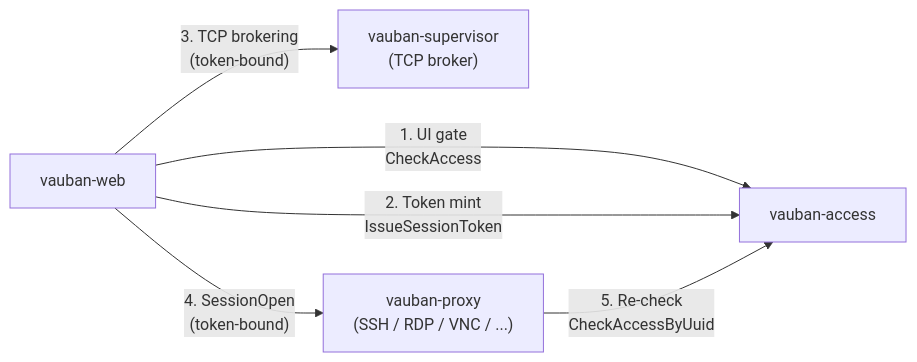
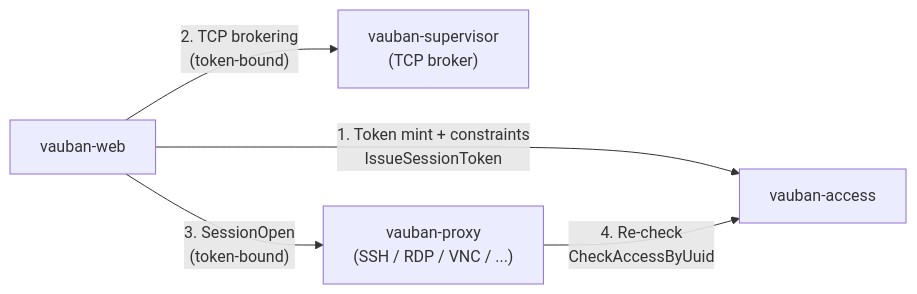
Before and after one commit to rbenaley/Vauban: the first of 7 diagrams in docs/technical/Vauban_AccessGuard_Architecture_EN(1.0).md, drawn with Mermaid. The commit also changed other lines of this file and 31 other files, not shown here.

First line of the commit message:
feat(access): merge SSH/RDP policy eval 3->2 via early mint (0.9.27)

````diff
--- a/docs/technical/Vauban_AccessGuard_Architecture_EN(1.0).md
+++ b/docs/technical/Vauban_AccessGuard_Architecture_EN(1.0).md
@@ -43,13 +43,12 @@
 ```mermaid
 flowchart LR
     Web["vauban-web"]
     Access["vauban-access"]
     Sup["vauban-supervisor<br/>(TCP broker)"]
     Proxy["vauban-proxy<br/>(SSH / RDP / VNC / ...)"]
 
-    Web -->|"1. UI gate<br/>CheckAccess"| Access
-    Web -->|"2. Token mint<br/>IssueSessionToken"| Access
-    Web -->|"3. TCP brokering<br/>(token-bound)"| Sup
-    Web -->|"4. SessionOpen<br/>(token-bound)"| Proxy
-    Proxy -->|"5. Re-check<br/>CheckAccessByUuid"| Access
+    Web -->|"1. Token mint + constraints<br/>IssueSessionToken"| Access
+    Web -->|"2. TCP brokering<br/>(token-bound)"| Sup
+    Web -->|"3. SessionOpen<br/>(token-bound)"| Proxy
+    Proxy -->|"4. Re-check<br/>CheckAccessByUuid"| Access
 ```
````
